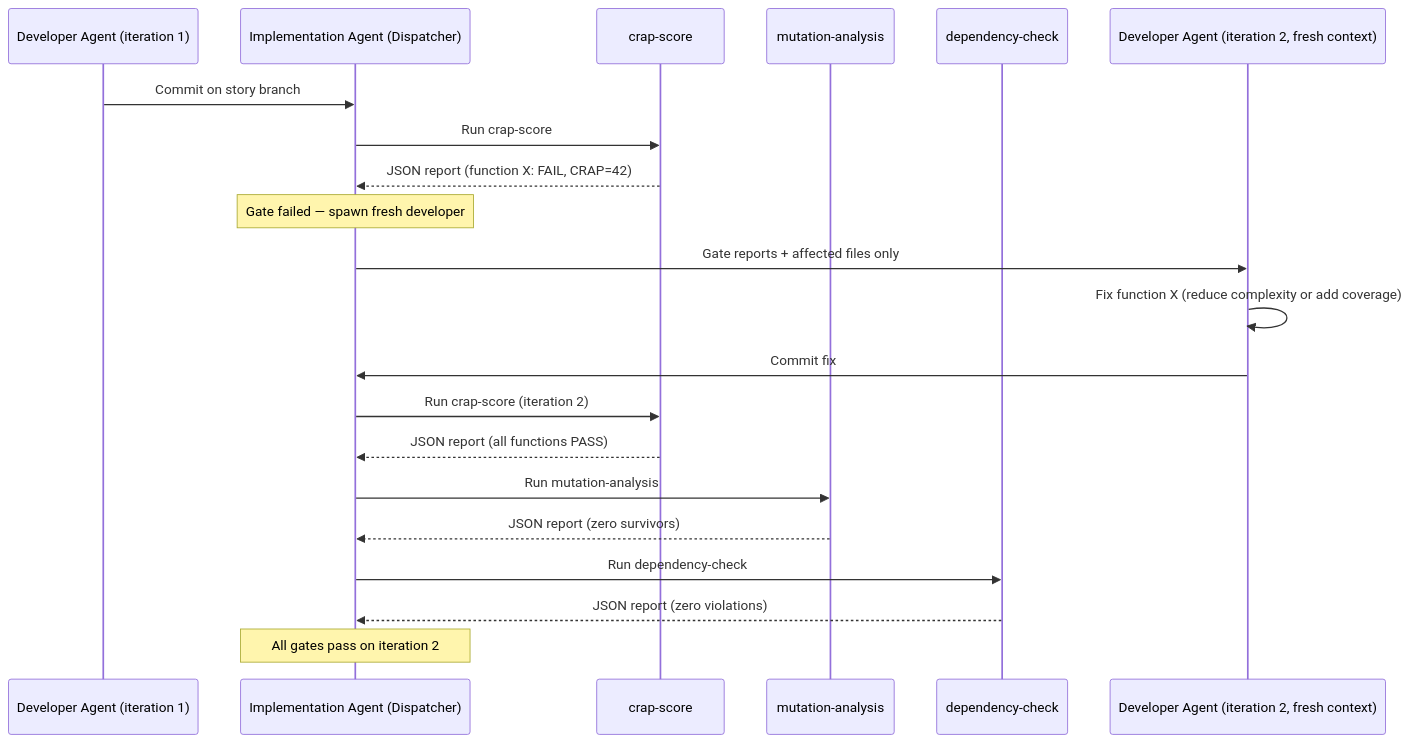
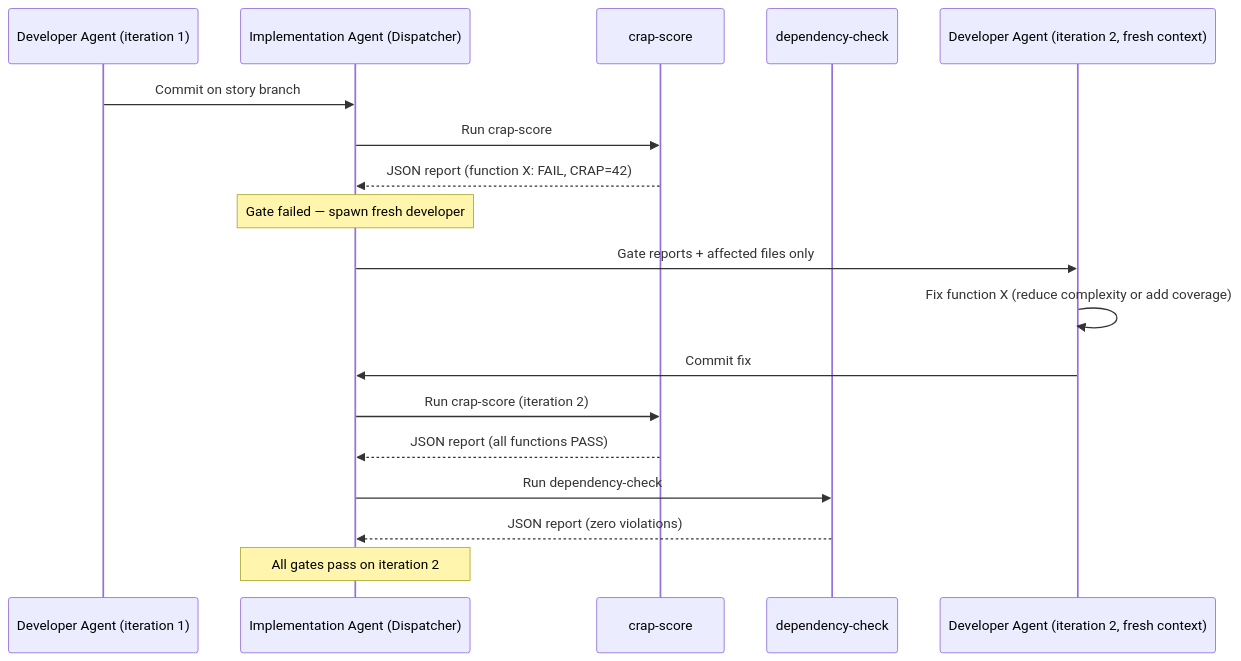
Before and after one commit to matthiasdaues/agent_factory: the fifth of 6 diagrams in docs/arc42/06_runtime_view.md, drawn with Mermaid. The commit also changed other lines of this file and 23 other files, not shown here.

First line of the commit message:
docs: reconcile spec and architecture against code-as-built

````diff
--- a/docs/arc42/06_runtime_view.md
+++ b/docs/arc42/06_runtime_view.md
@@ -198,24 +118,21 @@
 ```mermaid
 sequenceDiagram
     participant D1 as Developer Agent (iteration 1)
     participant IA as Implementation Agent (Dispatcher)
     participant CS as crap-score
-    participant MA as mutation-analysis
     participant DC as dependency-check
     participant D2 as Developer Agent (iteration 2, fresh context)
 
     D1->>IA: Commit on story branch
     IA->>CS: Run crap-score
     CS-->>IA: JSON report (function X: FAIL, CRAP=42)
     Note over IA: Gate failed — spawn fresh developer
     IA->>D2: Gate reports + affected files only
     D2->>D2: Fix function X (reduce complexity or add coverage)
     D2->>IA: Commit fix
     IA->>CS: Run crap-score (iteration 2)
     CS-->>IA: JSON report (all functions PASS)
-    IA->>MA: Run mutation-analysis
-    MA-->>IA: JSON report (zero survivors)
     IA->>DC: Run dependency-check
     DC-->>IA: JSON report (zero violations)
     Note over IA: All gates pass on iteration 2
 ```
````
